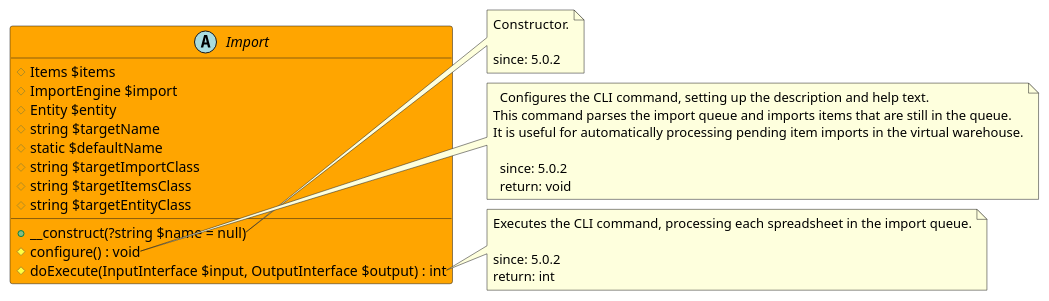
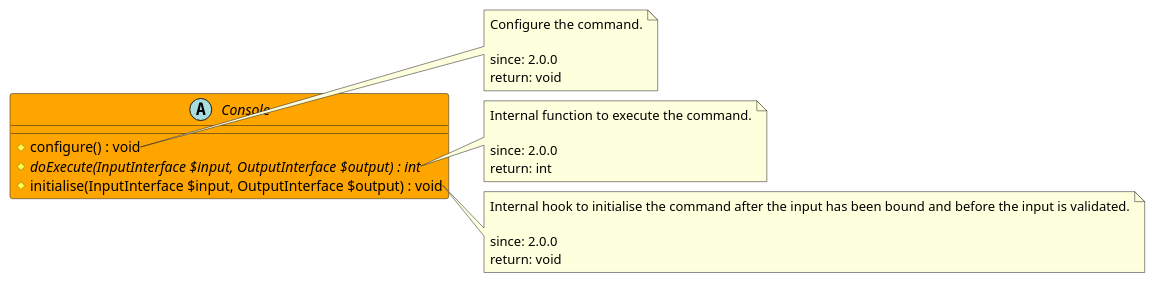
One commit to joomengine/super-powers changed the diagram in src/85321deb-5c3a-401b-9ce1-039a746add51/README.md. Above: the diagram before and after it, drawn with PlantUML. The commit also changed other lines of this file and 22 other files, not shown here.

````diff
--- a/src/85321deb-5c3a-401b-9ce1-039a746add51/README.md
+++ b/src/85321deb-5c3a-401b-9ce1-039a746add51/README.md
@@ -6,41 +6,32 @@
 ```uml
 @startuml
 
-abstract Import  #Orange {
-  # Items $items
-  # ImportEngine $import
-  # Entity $entity
-  # string $targetName
-  # static $defaultName
-  # string $targetImportClass
-  # string $targetItemsClass
-  # string $targetEntityClass
-  + __construct(?string $name = null)
+abstract Console  #Orange {
   # configure() : void
-  # doExecute(InputInterface $input, OutputInterface $output) : int
+  # {abstract} doExecute(InputInterface $input, OutputInterface $output) : int
+  # initialise(InputInterface $input, OutputInterface $output) : void
 }
 
-note right of Import::__construct
-  Constructor.
+note right of Console::configure
+  Configure the command.
 
-  since: 5.0.2
-end note
-
-note right of Import::configure
-  Configures the CLI command, setting up the description and help text.
-This command parses the import queue and imports items that are still in the queue.
-It is useful for automatically processing pending item imports in the virtual warehouse.
-
-  since: 5.0.2
+  since: 2.0.0
   return: void
 end note
 
-note right of Import::doExecute
-  Executes the CLI command, processing each spreadsheet in the import queue.
+note right of Console::doExecute
+  Internal function to execute the command.
 
-  since: 5.0.2
+  since: 2.0.0
   return: int
+end note
+
+note right of Console::initialise
+  Internal hook to initialise the command after the input has been bound and before the input is validated.
+
+  since: 2.0.0
+  return: void
 end note
 
 @enduml
 ```
````
